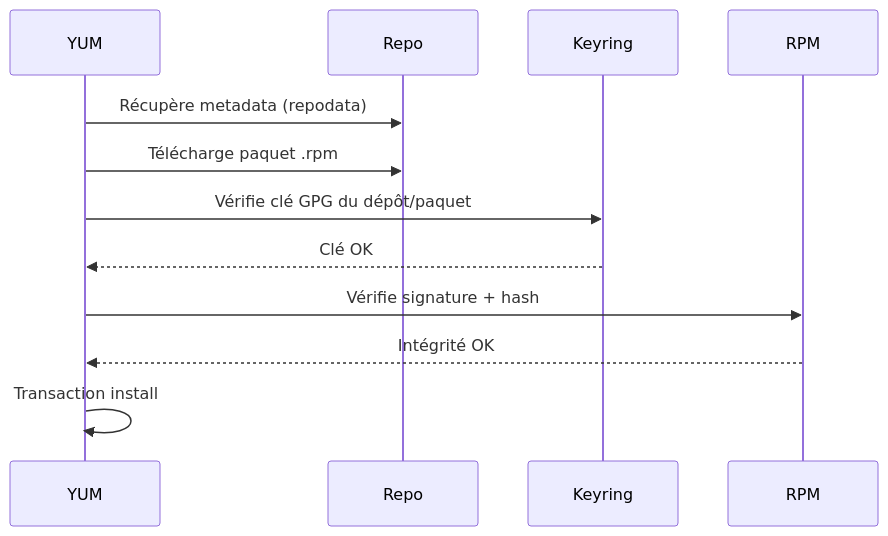
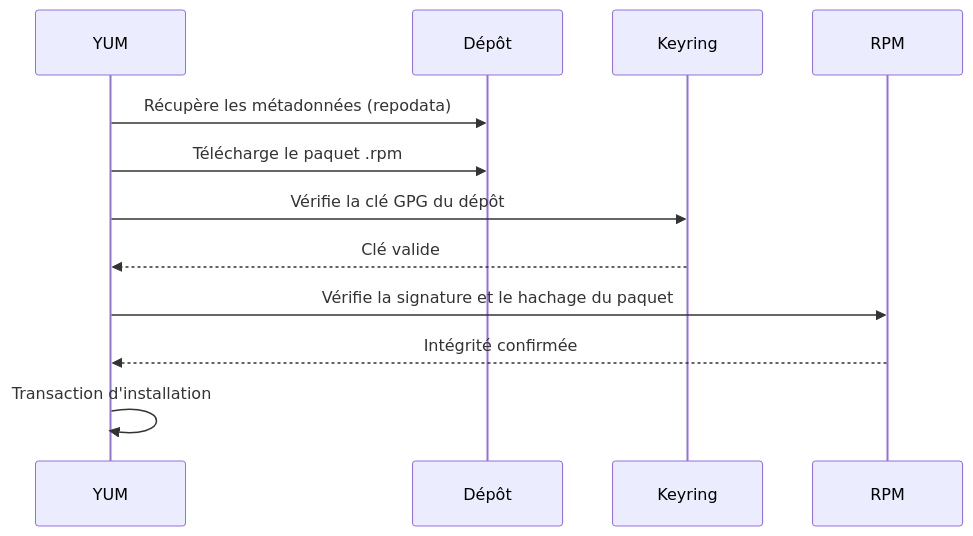
The second of 2 diagrams in docs/bases/paquets/yum-rhel.md (zyrass/omnydocs), drawn with Mermaid before and after one commit. The commit also changed other lines of this file and 671 other files, not shown here.

````diff
--- a/docs/bases/paquets/yum-rhel.md
+++ b/docs/bases/paquets/yum-rhel.md
@@ -206,15 +237,15 @@
 ```mermaid
 sequenceDiagram
     participant Y as YUM
-    participant R as Repo
+    participant R as Dépôt
     participant K as Keyring
     participant P as RPM
 
-    Y->>R: Récupère metadata (repodata)
-    Y->>R: Télécharge paquet .rpm
-    Y->>K: Vérifie clé GPG du dépôt/paquet
-    K-->>Y: Clé OK
-    Y->>P: Vérifie signature + hash
-    P-->>Y: Intégrité OK
-    Y->>Y: Transaction install
+    Y->>R: Récupère les métadonnées (repodata)
+    Y->>R: Télécharge le paquet .rpm
+    Y->>K: Vérifie la clé GPG du dépôt
+    K-->>Y: Clé valide
+    Y->>P: Vérifie la signature et le hachage du paquet
+    P-->>Y: Intégrité confirmée
+    Y->>Y: Transaction d'installation
 ```
````
